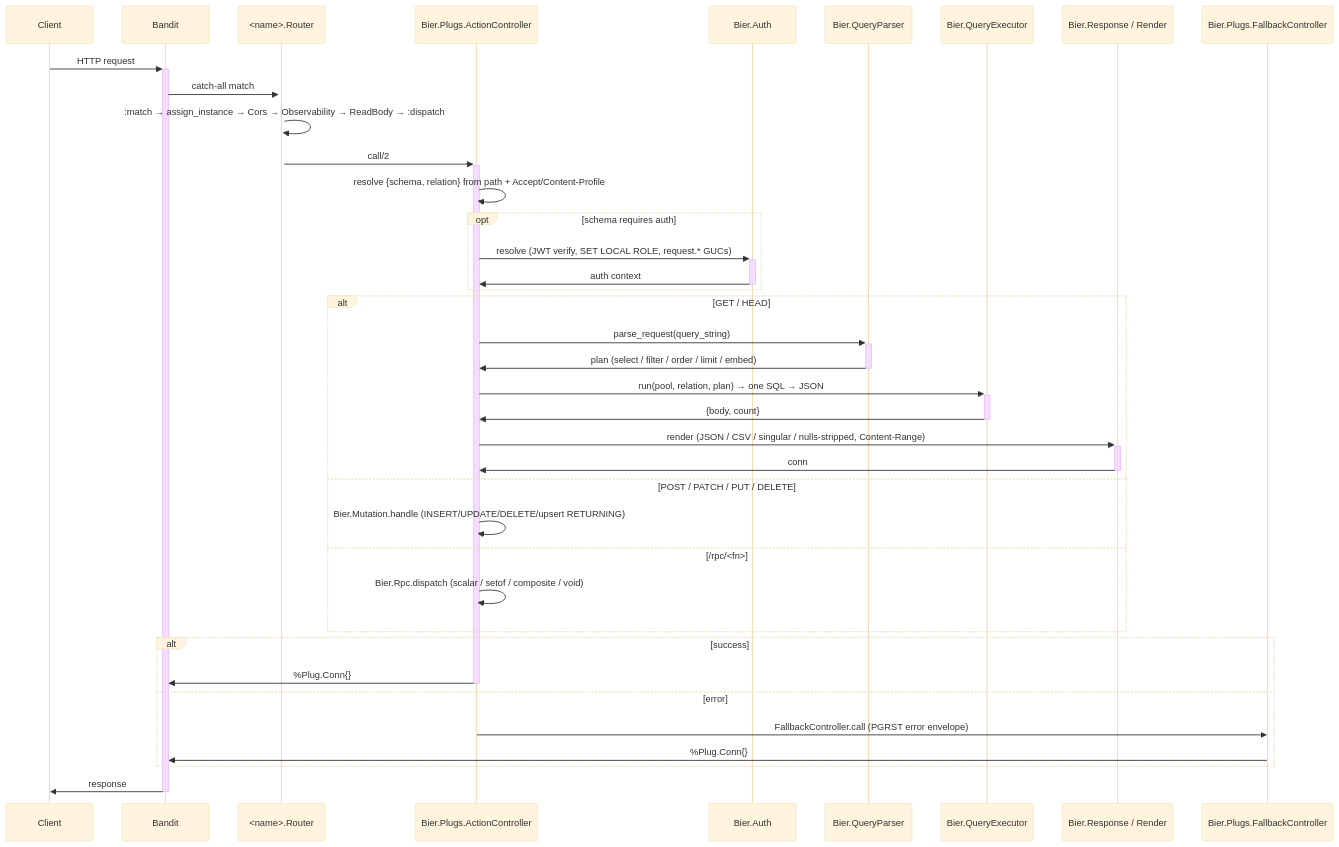
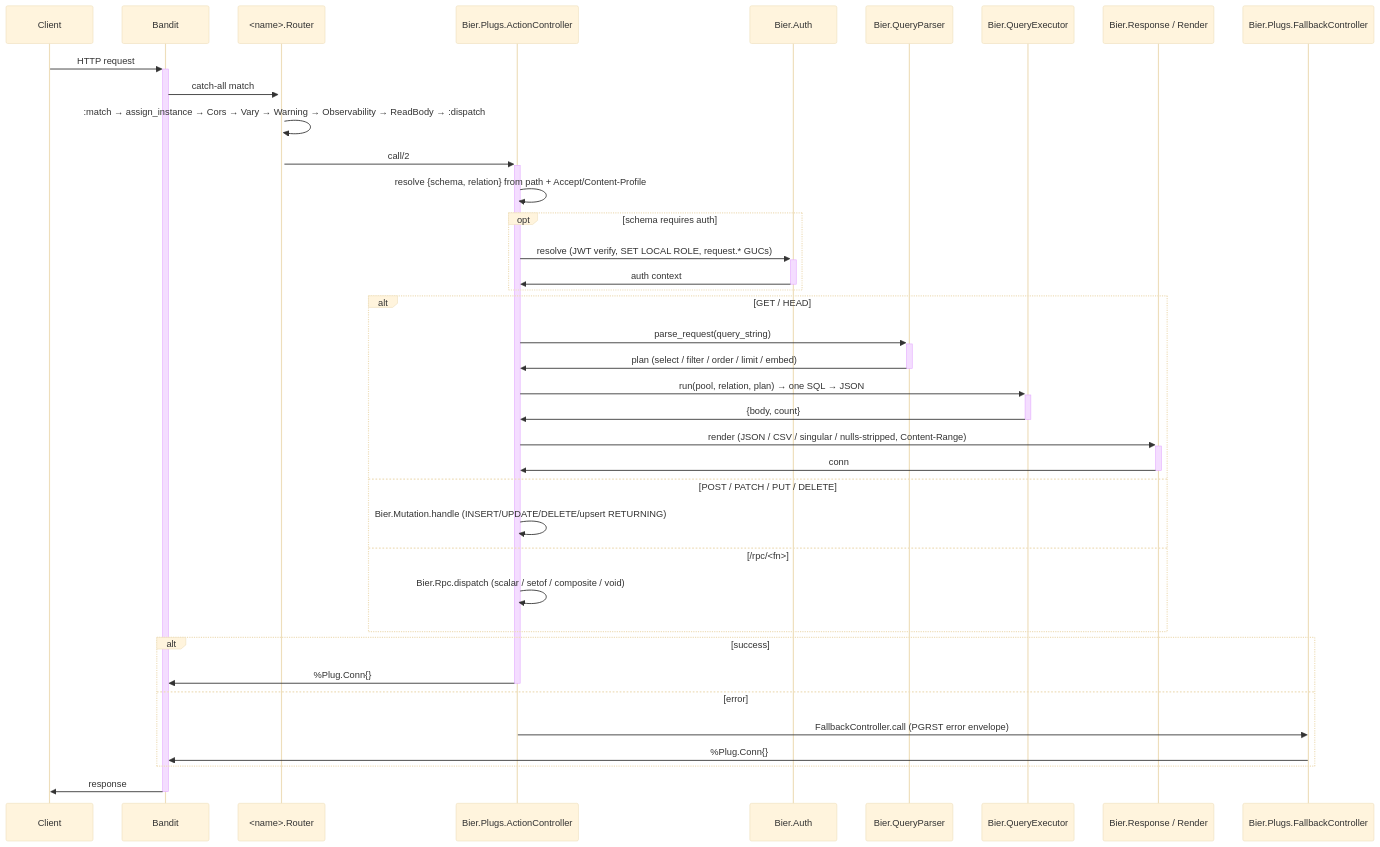
One commit to milmazz/bier changed the second of 2 diagrams in README.md. Above: the diagram before and after it, drawn with Mermaid (base theme). The commit also changed other lines of this file and 52 other files, not shown here.

````diff
--- a/README.md
+++ b/README.md
@@ -277,40 +304,40 @@
 ```mermaid
 sequenceDiagram
     participant C as Client
     participant G as Bandit
     participant R as <name>.Router
     participant AC as Bier.Plugs.ActionController
     participant AU as Bier.Auth
     participant QP as Bier.QueryParser
     participant QE as Bier.QueryExecutor
     participant RN as Bier.Response / Render
     participant FC as Bier.Plugs.FallbackController
     C->>+G: HTTP request
     G->>+R: catch-all match
-    R->>R: :match → assign_instance → Cors → Observability → ReadBody → :dispatch
+    R->>R: :match → assign_instance → Cors → Vary → Warning → Observability → ReadBody → :dispatch
     R->>+AC: call/2
     AC->>AC: resolve {schema, relation} from path + Accept/Content-Profile
     opt schema requires auth
         AC->>+AU: resolve (JWT verify, SET LOCAL ROLE, request.* GUCs)
         AU->>-AC: auth context
     end
     alt GET / HEAD
         AC->>+QP: parse_request(query_string)
         QP->>-AC: plan (select / filter / order / limit / embed)
         AC->>+QE: run(pool, relation, plan) → one SQL → JSON
         QE->>-AC: {body, count}
         AC->>+RN: render (JSON / CSV / singular / nulls-stripped, Content-Range)
         RN->>-AC: conn
     else POST / PATCH / PUT / DELETE
         AC->>AC: Bier.Mutation.handle (INSERT/UPDATE/DELETE/upsert RETURNING)
     else /rpc/<fn>
         AC->>AC: Bier.Rpc.dispatch (scalar / setof / composite / void)
     end
     alt success
         AC->>-G: %Plug.Conn{}
     else error
         AC->>FC: FallbackController.call (PGRST error envelope)
         FC->>G: %Plug.Conn{}
     end
     G->>-C: response
 ```
````
